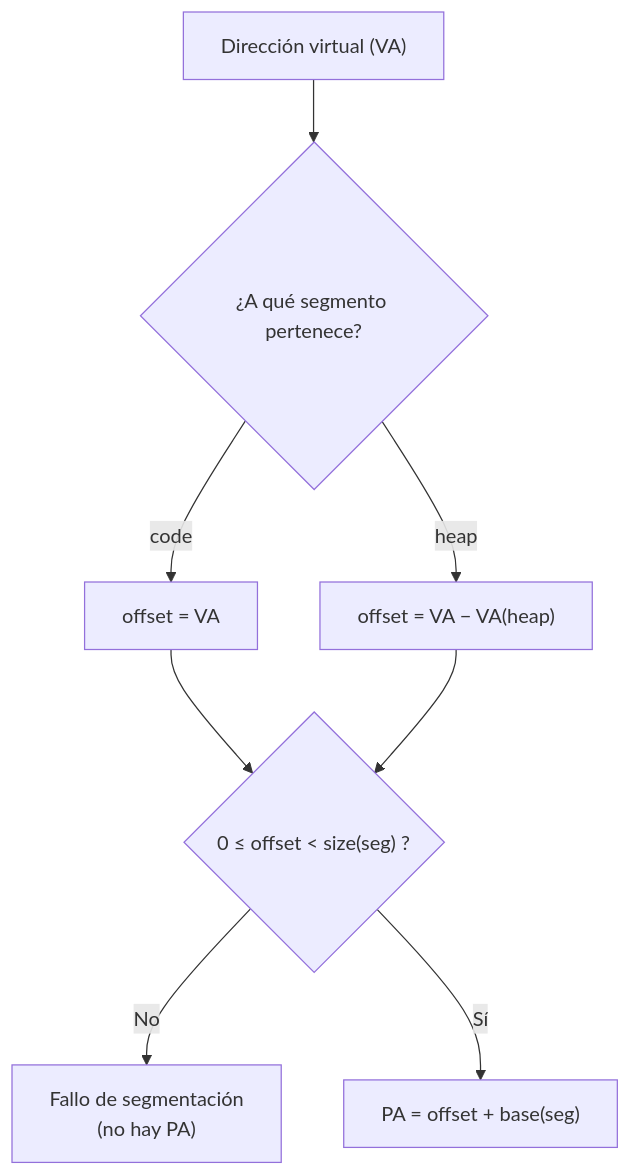
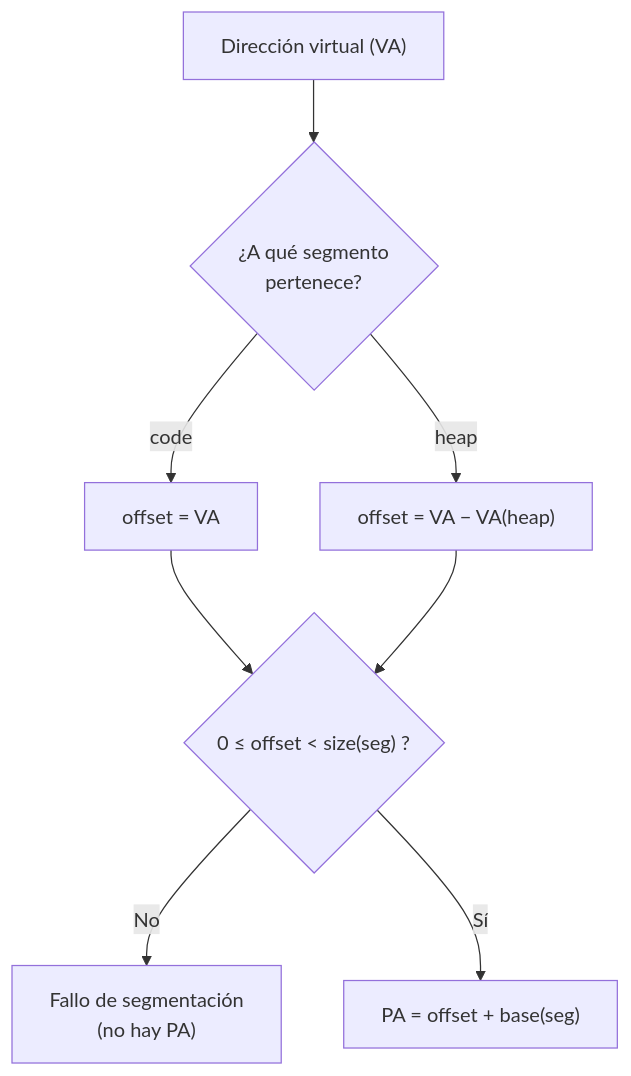
The second of 3 diagrams in clase_09/apuntes_zoom/README.md (udea-so/apuntes_2026-2_SO-virtual), drawn with Mermaid before and after one commit. The commit also changed other lines of this file and 7 other files, not shown here.

Commit message:
Corrige el texto recortado en los diagramas Mermaid de los apuntes_zoom de las clases 3 a 11

````diff
--- a/clase_09/apuntes_zoom/README.md
+++ b/clase_09/apuntes_zoom/README.md
@@ -122,10 +123,11 @@
 ```mermaid
+%%{init: {"themeVariables": {"fontFamily": "Arial, Helvetica, sans-serif"}}}%%
 flowchart TD
-    VA["Dirección virtual (VA)"] --> SEG{"¿A qué segmento pertenece?"}
+    VA["Dirección virtual (VA)"] --> SEG{"¿A qué segmento<br/>pertenece?"}
     SEG -- "code" --> OC["offset = VA"]
     SEG -- "heap" --> OH["offset = VA − VA(heap)"]
-    OC --> CHK{"0 ≤ offset < size(seg) ?"}
+    OC --> CHK{"0 ≤ offset #lt; size(seg) ?"}
     OH --> CHK
     CHK -- "No" --> FAULT["Fallo de segmentación<br/>(no hay PA)"]
     CHK -- "Sí" --> PA["PA = offset + base(seg)"]
 ```
````
